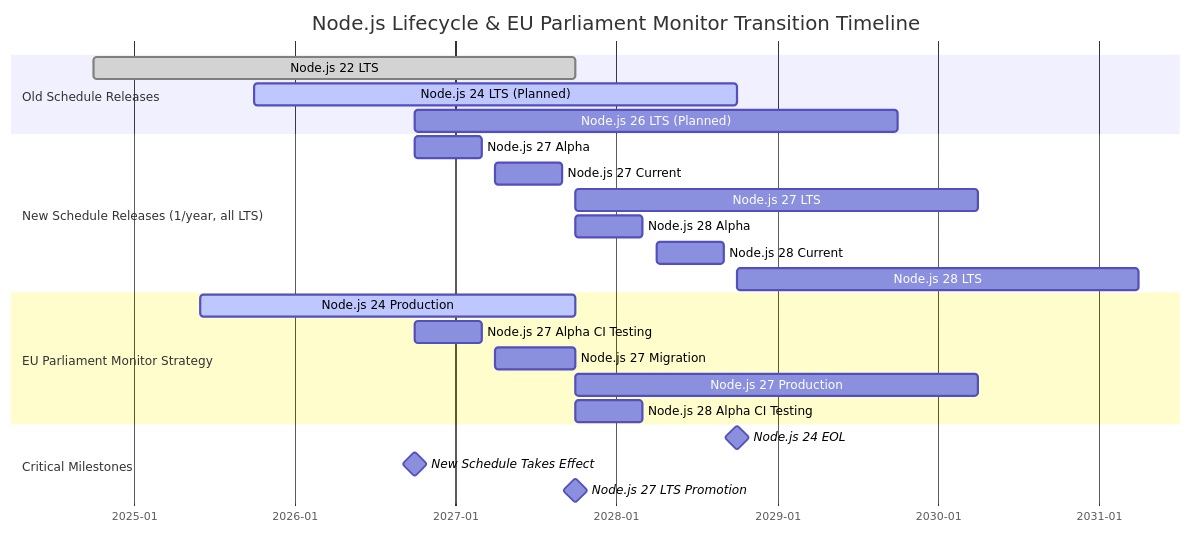
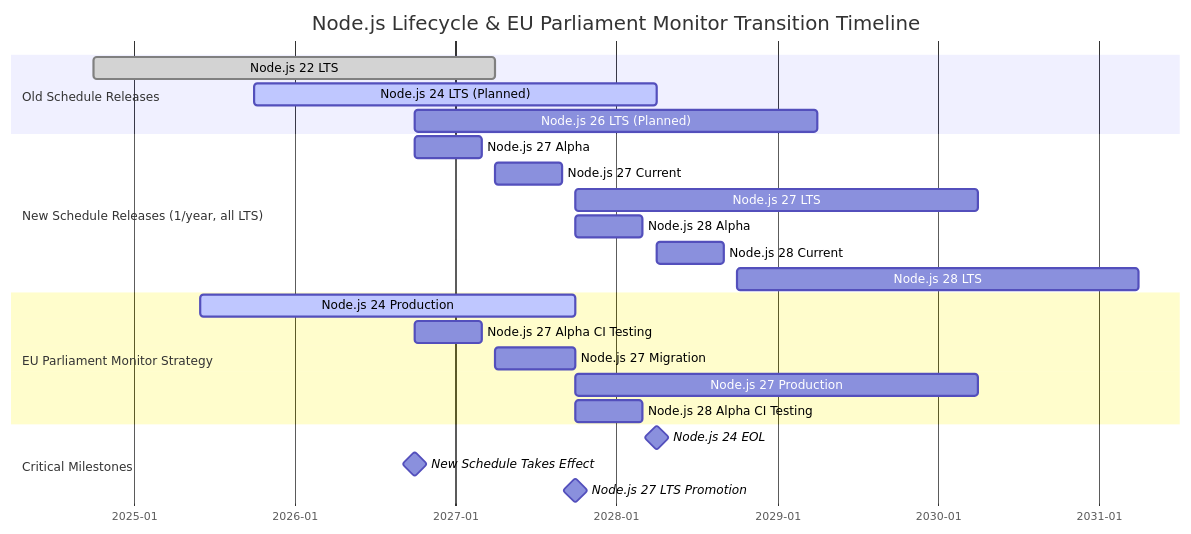
Before and after one commit to Hack23/euparliamentmonitor: the second of 6 diagrams in End-of-Life-Strategy.md, drawn with Mermaid. The commit also changed other lines of this file and 2 other files, not shown here.

Commit message:
Apply review feedback round 10: fix recovery checklist, align Node.js 24 EOL dates, keep env var name, improve runbook

````diff
--- a/End-of-Life-Strategy.md
+++ b/End-of-Life-Strategy.md
@@ -195,32 +195,32 @@
 ```mermaid
 gantt
     title Node.js Lifecycle & EU Parliament Monitor Transition Timeline
     dateFormat YYYY-MM
     axisFormat %Y-%m
 
     section Old Schedule Releases
     %% LTS support windows (month-level, aligned with Node.js LTS/EOL schedule)
-    Node.js 22 LTS              :done, node22, 2024-10, 2027-10
-    Node.js 24 LTS (Planned)    :active, node24, 2025-10, 2028-10
-    Node.js 26 LTS (Planned)    :node26, 2026-10, 2029-10
+    Node.js 22 LTS              :done, node22, 2024-10, 2027-04
+    Node.js 24 LTS (Planned)    :active, node24, 2025-10, 2028-04
+    Node.js 26 LTS (Planned)    :node26, 2026-10, 2029-04
 
     section New Schedule Releases (1/year, all LTS)
     Node.js 27 Alpha            :node27a, 2026-10, 2027-03
     Node.js 27 Current          :node27c, 2027-04, 2027-09
     Node.js 27 LTS              :node27, 2027-10, 2030-04
     Node.js 28 Alpha            :node28a, 2027-10, 2028-03
     Node.js 28 Current          :node28c, 2028-04, 2028-09
     Node.js 28 LTS              :node28, 2028-10, 2031-04
 
     section EU Parliament Monitor Strategy
     Node.js 24 Production       :active, ep24, 2025-06, 2027-10
     Node.js 27 Alpha CI Testing :ep27a, 2026-10, 2027-03
     Node.js 27 Migration        :ep27m, 2027-04, 2027-10
     Node.js 27 Production       :ep27p, 2027-10, 2030-04
     Node.js 28 Alpha CI Testing :ep28a, 2027-10, 2028-03
 
     section Critical Milestones
-    Node.js 24 EOL              :milestone, node24eol, 2028-10, 0d
+    Node.js 24 EOL              :milestone, node24eol, 2028-04, 0d
     New Schedule Takes Effect   :milestone, newschedule, 2026-10, 0d
     Node.js 27 LTS Promotion    :milestone, node27lts, 2027-10, 0d
 ```
````
